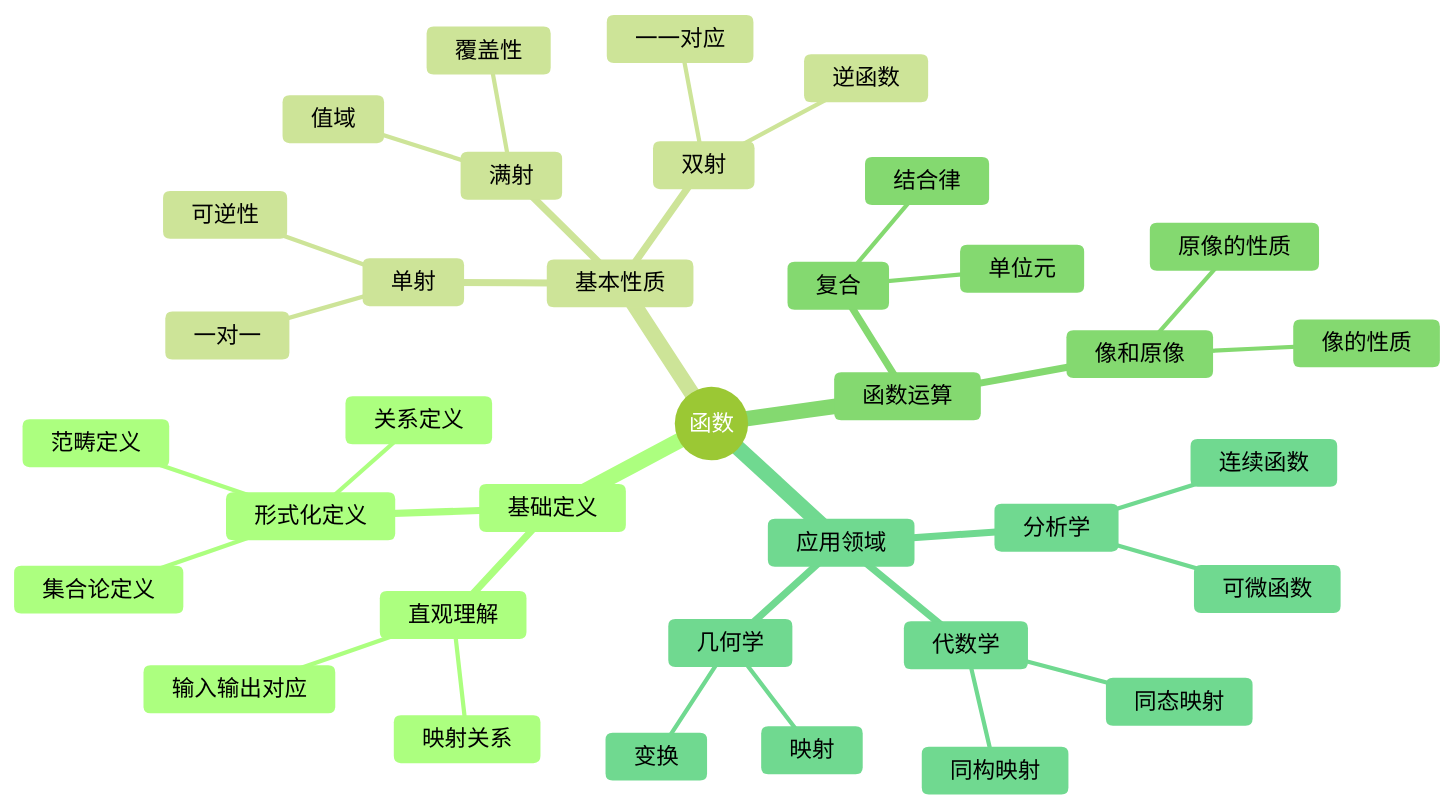
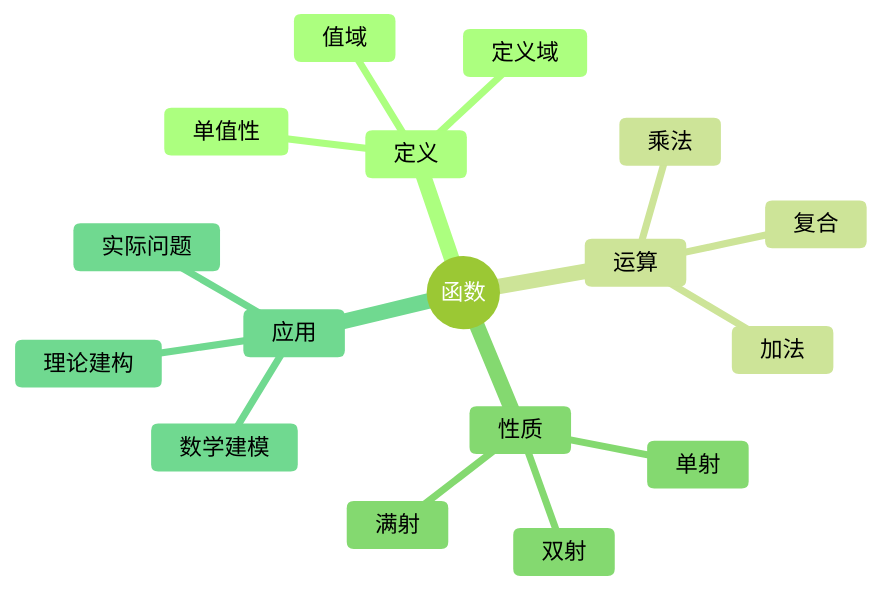
The first of 11 diagrams in concept/核心概念/02-函数.md (AdaMartin18010/FormalMath), drawn with Mermaid (forest theme) before and after one commit. The commit also changed other lines of this file and 4793 other files, not shown here.

````diff
--- a/concept/核心概念/02-函数.md
+++ b/concept/核心概念/02-函数.md
@@ -614,39 +1620,20 @@
 ```mermaid
 mindmap
   root((函数))
-    基础定义
-      直观理解
-        输入输出对应
-        映射关系
-      形式化定义
-        集合论定义
-        关系定义
-        范畴定义
-    基本性质
+    定义
+      单值性
+      定义域
+      值域
+    运算
+      复合
+      加法
+      乘法
+    性质
       单射
-        一对一
-        可逆性
       满射
-        覆盖性
-        值域
       双射
-        一一对应
-        逆函数
-    函数运算
-      复合
-        结合律
-        单位元
-      像和原像
-        像的性质
-        原像的性质
-    应用领域
-      分析学
-        连续函数
-        可微函数
-      代数学
-        同态映射
-        同构映射
-      几何学
-        变换
-        映射
+    应用
+      数学建模
+      实际问题
+      理论建构
 ```
````
